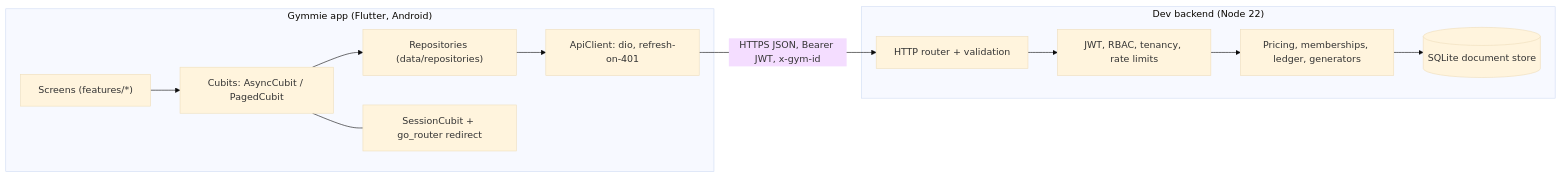
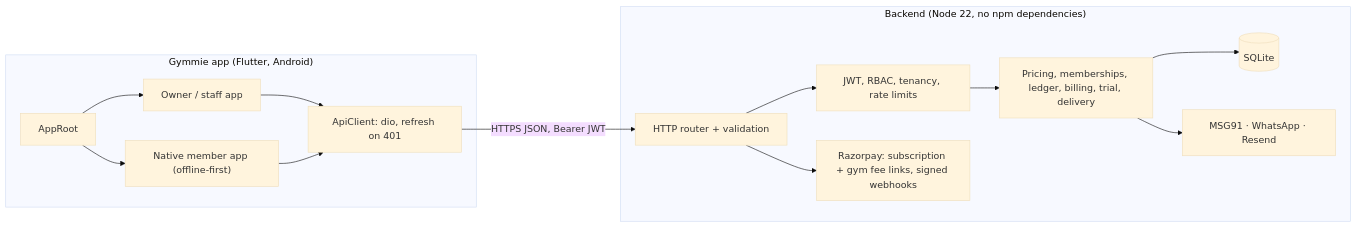
One commit to deekshith-b48/Gymmie changed the diagram in README.md. Above: the diagram before and after it, drawn with Mermaid (base theme). The commit also changed other lines of this file and 8014 other files, not shown here.

````diff
--- a/README.md
+++ b/README.md
@@ -193,15 +192,17 @@
 ```mermaid
 flowchart LR
   subgraph App["Gymmie app (Flutter, Android)"]
-    UI["Screens (features/*)"] --> Cubits["Cubits: AsyncCubit / PagedCubit"]
-    Cubits --> Repos["Repositories (data/repositories)"]
-    Repos --> Api["ApiClient: dio, refresh-on-401"]
-    Cubits --- Session["SessionCubit + go_router redirect"]
+    Root["AppRoot"] --> Staff["Owner / staff app"]
+    Root --> Member["Native member app (offline-first)"]
+    Staff --> Api["ApiClient: dio, refresh on 401"]
+    Member --> Api
   end
-  Api -- "HTTPS JSON, Bearer JWT, x-gym-id" --> Router
-  subgraph Backend["Dev backend (Node 22)"]
+  Api -- "HTTPS JSON, Bearer JWT" --> Router
+  subgraph Backend["Backend (Node 22, no npm dependencies)"]
     Router["HTTP router + validation"] --> Auth["JWT, RBAC, tenancy, rate limits"]
-    Auth --> Domain["Pricing, memberships, ledger, generators"]
-    Domain --> Store[("SQLite document store")]
+    Auth --> Domain["Pricing, memberships, ledger, billing, trial, delivery"]
+    Domain --> Store[("SQLite")]
+    Domain --> Out["MSG91 · WhatsApp · Resend"]
+    Router --> Pay["Razorpay: subscription + gym fee links, signed webhooks"]
   end
 ```
````
